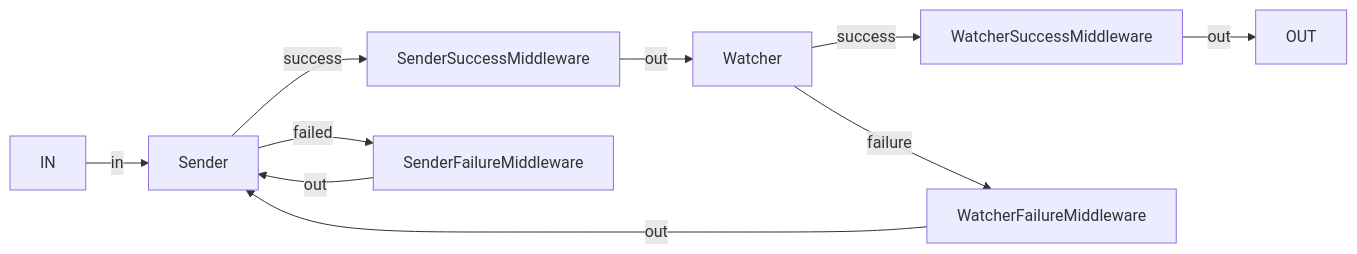
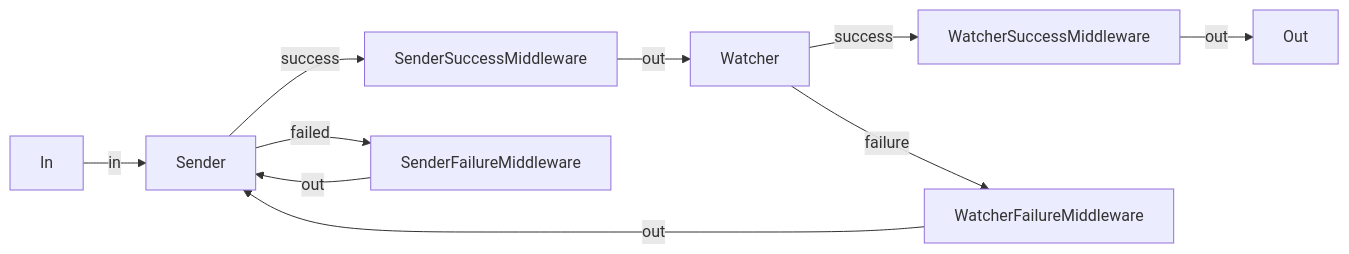
Before and after one commit to bandprotocol/go-band-sdk: the second of 2 diagrams in requester/README.md, drawn with Mermaid. The commit also changed other lines of this file and 11 other files, not shown here.

````diff
--- a/requester/README.md
+++ b/requester/README.md
@@ -68,8 +82,8 @@
 ```mermaid
 graph LR
-    IN -- in --> A[Sender] -- success --> B[SenderSuccessMiddleware] -- out --> C[Watcher]
+    In -- in --> A[Sender] -- success --> B[SenderSuccessMiddleware] -- out --> C[Watcher]
     A -- failed --> D[SenderFailureMiddleware]
     D -- out --> A
-    C -- success --> E[WatcherSuccessMiddleware] -- out --> OUT
+    C -- success --> E[WatcherSuccessMiddleware] -- out --> Out
     C -- failure --> F[WatcherFailureMiddleware] -- out --> A
 ```
````
